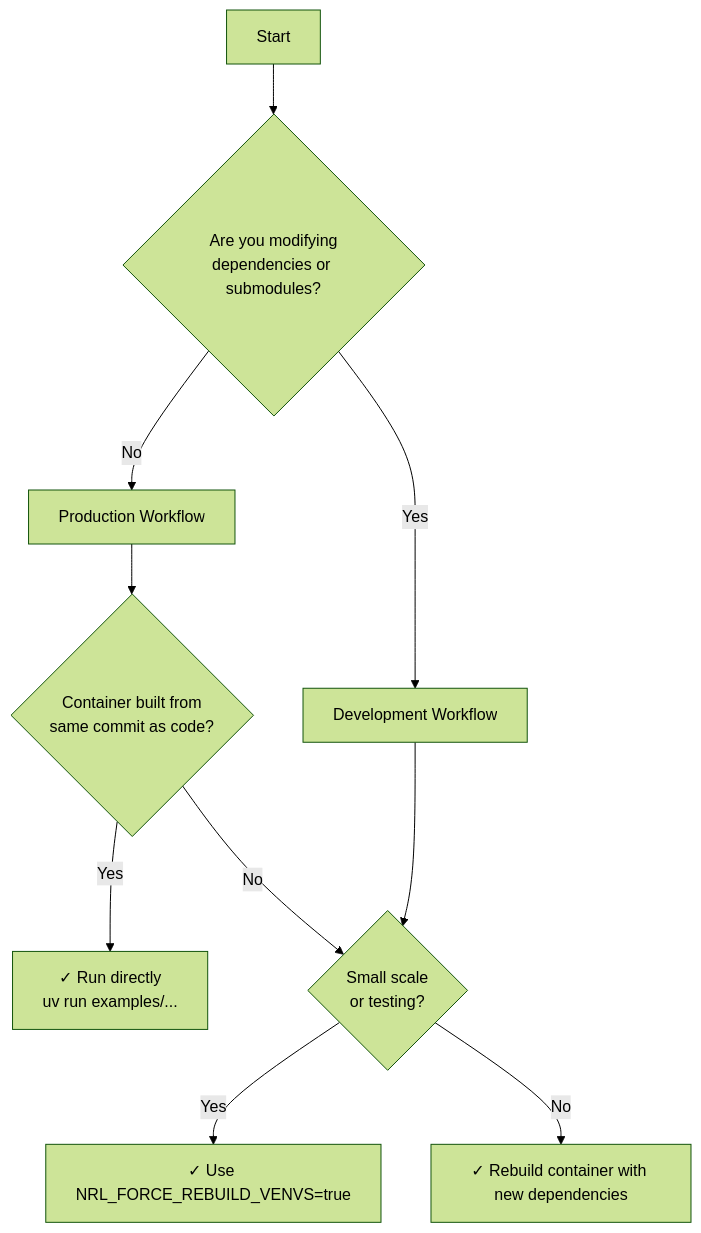
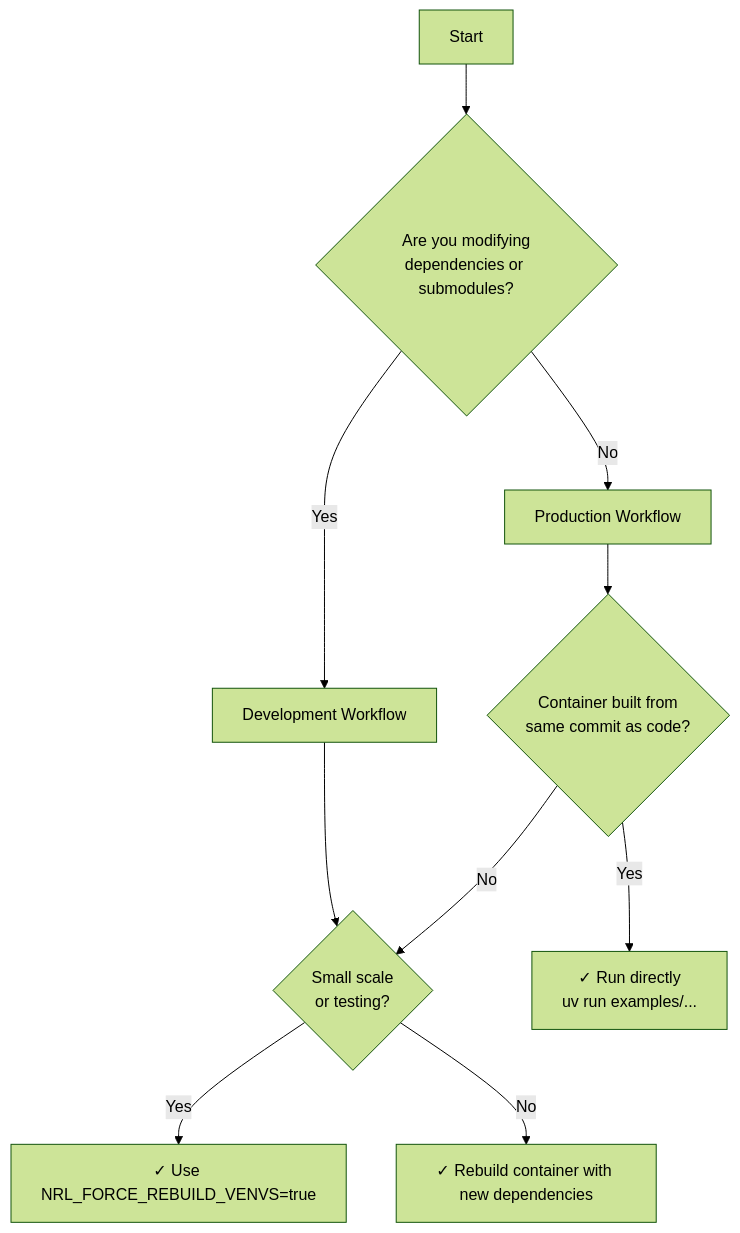
Before and after one commit to NVIDIA-NeMo/RL: the second of 2 diagrams in docs/design-docs/dependency-manangement.md, drawn with Mermaid (forest theme). The commit also changed other lines of this file, not shown here.

````diff
--- a/docs/design-docs/dependency-manangement.md
+++ b/docs/design-docs/dependency-manangement.md
@@ -169,12 +166,12 @@
 ```mermaid
 flowchart TD
     A[Start] --> B{Are you modifying<br/>dependencies or submodules?}
     B -->|No| C[Production Workflow]
     B -->|Yes| D[Development Workflow]
     C --> E{Container built from<br/>same commit as code?}
+    D --> G{Small scale<br/>or testing?}
     E -->|Yes| F[✓ Run directly<br/>uv run examples/...]
-    E -->|No| G{Small scale<br/>or testing?}
-    D --> G
+    E -->|No| G
     G -->|Yes| H[✓ Use NRL_FORCE_REBUILD_VENVS=true]
     G -->|No| I[✓ Rebuild container with new dependencies]
 ```
````
